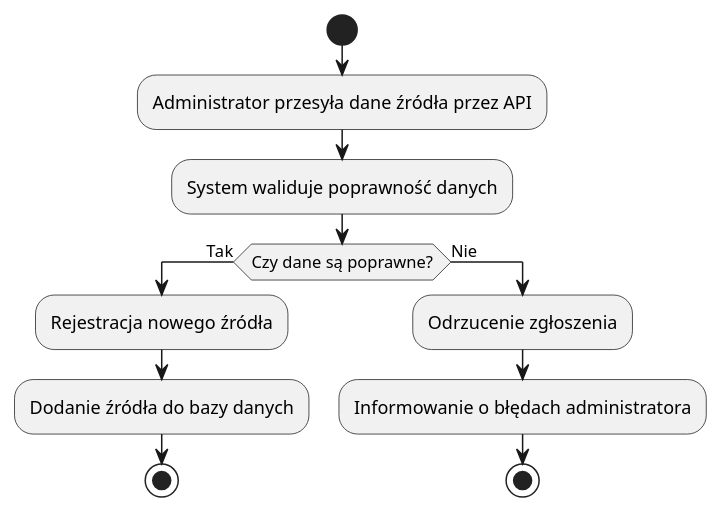
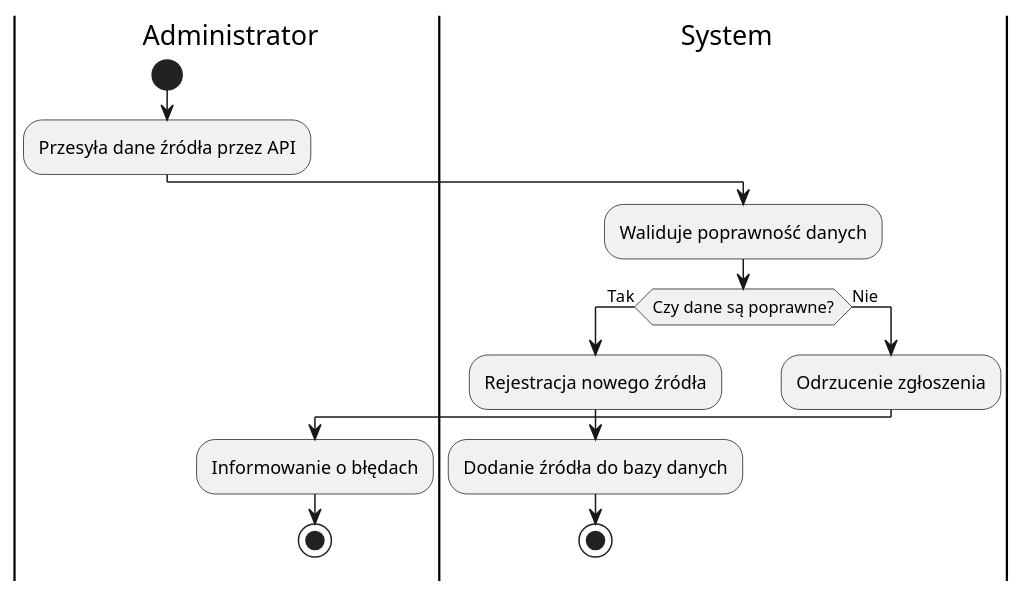
The diagram in dokumentacja/specyfikacja.wymagan/2.opis.biznesu/procesy.biznesowe/procesy/PB0003.puml (aleksanderpiluk/IWO), drawn with PlantUML before and after one commit.

```diff
--- a/dokumentacja/specyfikacja.wymagan/2.opis.biznesu/procesy.biznesowe/procesy/PB0003.puml
+++ b/dokumentacja/specyfikacja.wymagan/2.opis.biznesu/procesy.biznesowe/procesy/PB0003.puml
@@ -1,15 +1,19 @@
 @startuml
+|a| Administrator
 start
+:Przesyła dane źródła przez API;
 
-:Administrator przesyła dane źródła przez API;
-:System waliduje poprawność danych;
+|s| System
+:Waliduje poprawność danych;
+
 if (Czy dane są poprawne?) then (Tak)
   :Rejestracja nowego źródła;
   :Dodanie źródła do bazy danych;
-  stop
+stop
 else (Nie)
   :Odrzucenie zgłoszenia;
-  :Informowanie o błędach administratora;
-  stop
+  |a| Administrator
+  :Informowanie o błędach;
+stop
 endif
 @enduml
```
